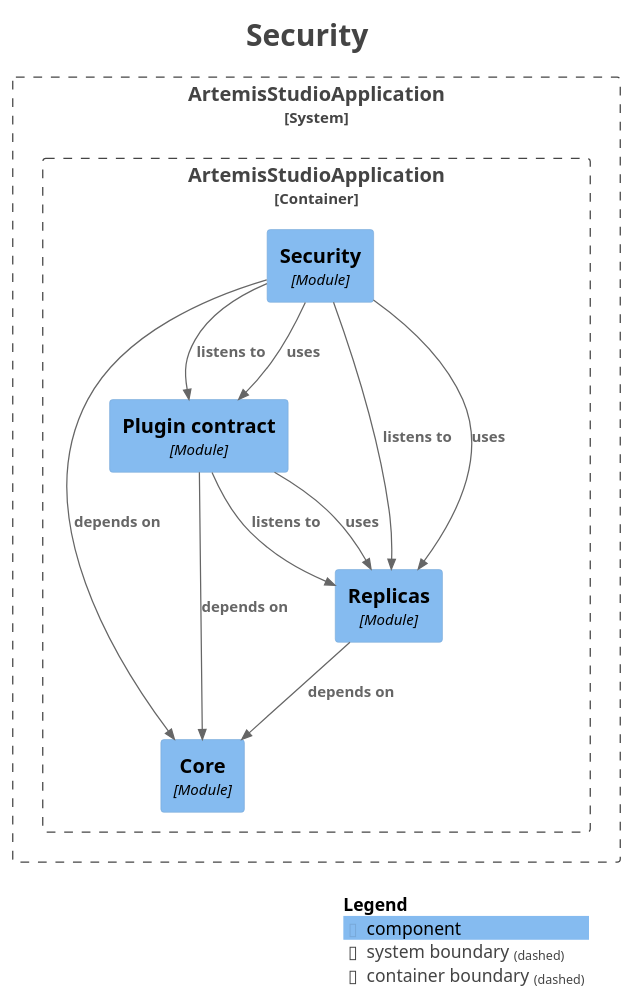
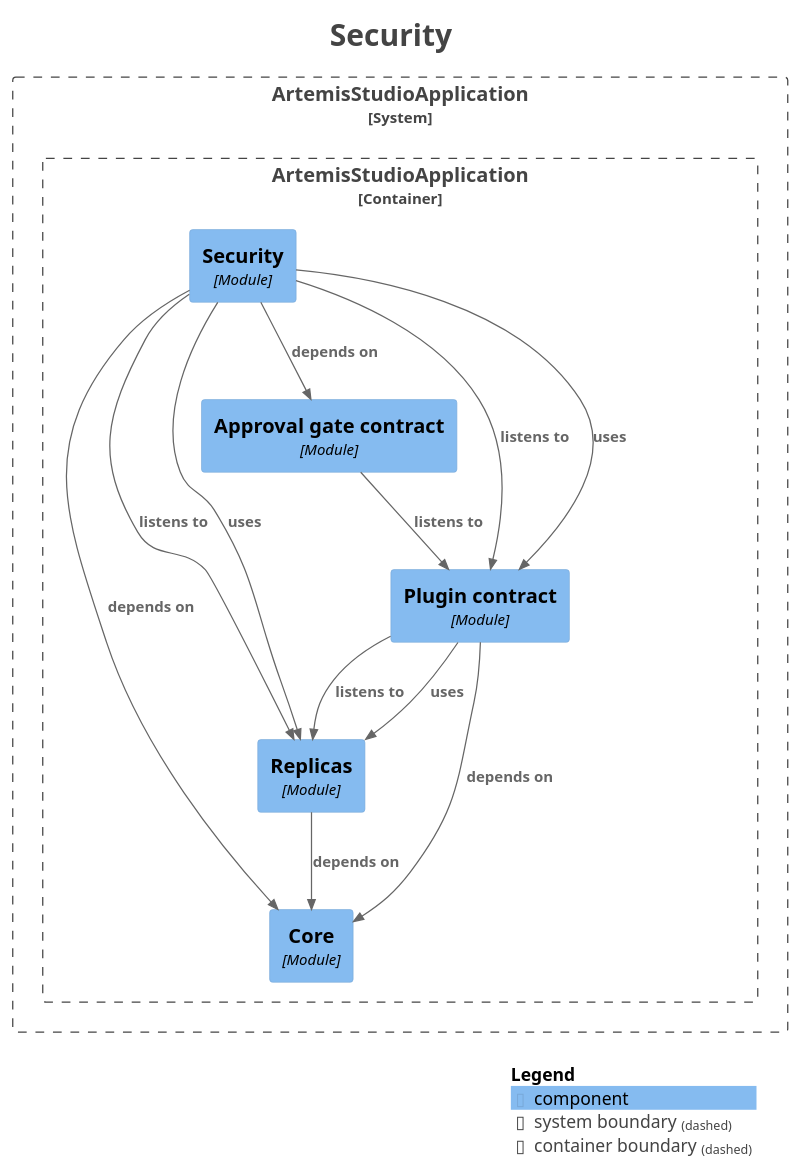
The diagram in docs/modules/module-kernel.security.puml (sudoitir/artemis-studio), drawn with PlantUML before and after one commit. The commit also changed 5 other files, not shown here.

Commit message:
docs(modules): regenerate module diagrams for the merged gate, inbox and security modules

```diff
--- a/docs/modules/module-kernel.security.puml
+++ b/docs/modules/module-kernel.security.puml
@@ -1,40 +1,43 @@
 @startuml
 title <size:24>Security</size>
 
 set separator none
 top to bottom direction
 
 <style>
   root {
     BackgroundColor: #ffffff
     FontColor: #444444
   }
 </style>
 
 !include <C4/C4>
 !include <C4/C4_Context>
 !include <C4/C4_Component>
 
 System_Boundary("ArtemisStudioApplication_boundary", "ArtemisStudioApplication", $tags="") {
   Container_Boundary("ArtemisStudioApplication.ArtemisStudioApplication_boundary", "ArtemisStudioApplication", $tags="") {
+    Component(ArtemisStudioApplication.ArtemisStudioApplication.Approvalgatecontract, "Approval gate contract", $techn="Module", $descr="", $tags="", $link="")
     Component(ArtemisStudioApplication.ArtemisStudioApplication.Core, "Core", $techn="Module", $descr="", $tags="", $link="")
     Component(ArtemisStudioApplication.ArtemisStudioApplication.Plugincontract, "Plugin contract", $techn="Module", $descr="", $tags="", $link="")
     Component(ArtemisStudioApplication.ArtemisStudioApplication.Replicas, "Replicas", $techn="Module", $descr="", $tags="", $link="")
     Component(ArtemisStudioApplication.ArtemisStudioApplication.Security, "Security", $techn="Module", $descr="", $tags="", $link="")
   }
 
 }
 
+Rel(ArtemisStudioApplication.ArtemisStudioApplication.Approvalgatecontract, ArtemisStudioApplication.ArtemisStudioApplication.Plugincontract, "listens to", $techn="", $tags="", $link="")
 Rel(ArtemisStudioApplication.ArtemisStudioApplication.Plugincontract, ArtemisStudioApplication.ArtemisStudioApplication.Core, "depends on", $techn="", $tags="", $link="")
 Rel(ArtemisStudioApplication.ArtemisStudioApplication.Plugincontract, ArtemisStudioApplication.ArtemisStudioApplication.Replicas, "listens to", $techn="", $tags="", $link="")
 Rel(ArtemisStudioApplication.ArtemisStudioApplication.Plugincontract, ArtemisStudioApplication.ArtemisStudioApplication.Replicas, "uses", $techn="", $tags="", $link="")
 Rel(ArtemisStudioApplication.ArtemisStudioApplication.Replicas, ArtemisStudioApplication.ArtemisStudioApplication.Core, "depends on", $techn="", $tags="", $link="")
+Rel(ArtemisStudioApplication.ArtemisStudioApplication.Security, ArtemisStudioApplication.ArtemisStudioApplication.Approvalgatecontract, "depends on", $techn="", $tags="", $link="")
 Rel(ArtemisStudioApplication.ArtemisStudioApplication.Security, ArtemisStudioApplication.ArtemisStudioApplication.Core, "depends on", $techn="", $tags="", $link="")
 Rel(ArtemisStudioApplication.ArtemisStudioApplication.Security, ArtemisStudioApplication.ArtemisStudioApplication.Plugincontract, "listens to", $techn="", $tags="", $link="")
 Rel(ArtemisStudioApplication.ArtemisStudioApplication.Security, ArtemisStudioApplication.ArtemisStudioApplication.Plugincontract, "uses", $techn="", $tags="", $link="")
 Rel(ArtemisStudioApplication.ArtemisStudioApplication.Security, ArtemisStudioApplication.ArtemisStudioApplication.Replicas, "listens to", $techn="", $tags="", $link="")
 Rel(ArtemisStudioApplication.ArtemisStudioApplication.Security, ArtemisStudioApplication.ArtemisStudioApplication.Replicas, "uses", $techn="", $tags="", $link="")
 
 SHOW_LEGEND(true)
 hide stereotypes
 @enduml
```
